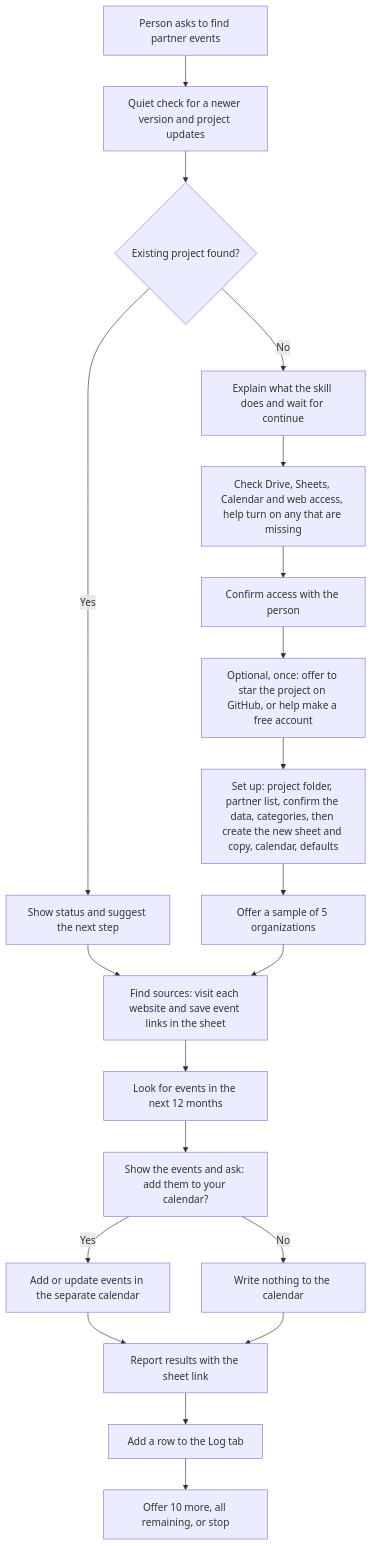
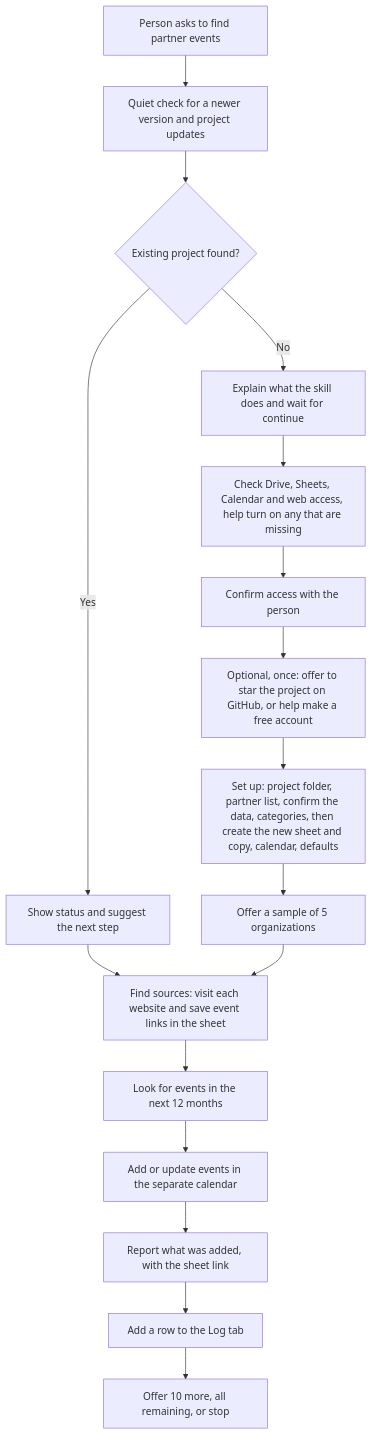
The diagram in docs/skills/partner-event-finder.md (tejitpabari99/tejit-non-profit-mkt), drawn with Mermaid before and after one commit. The commit also changed other lines of this file and 6 other files, not shown here.

First line of the commit message:
feat: add found events to the project calendar directly

````diff
--- a/docs/skills/partner-event-finder.md
+++ b/docs/skills/partner-event-finder.md
@@ -11,22 +11,19 @@
 ```mermaid
 flowchart TD
     A["Person asks to find partner events"] --> B["Quiet check for a newer version and project updates"]
     B --> C{"Existing project found?"}
     C -- No --> D["Explain what the skill does and wait for continue"]
     D --> E["Check Drive, Sheets, Calendar and web access, help turn on any that are missing"]
     E --> F["Confirm access with the person"]
     F --> F2["Optional, once: offer to star the project on GitHub, or help make a free account"]
     F2 --> G["Set up: project folder, partner list, confirm the data, categories, then create the new sheet and copy, calendar, defaults"]
     G --> H["Offer a sample of 5 organizations"]
     C -- Yes --> I["Show status and suggest the next step"]
     I --> J
     H --> J["Find sources: visit each website and save event links in the sheet"]
     J --> K["Look for events in the next 12 months"]
-    K --> L["Show the events and ask: add them to your calendar?"]
-    L -- Yes --> M["Add or update events in the separate calendar"]
-    L -- No --> N["Write nothing to the calendar"]
-    M --> O["Report results with the sheet link"]
-    N --> O
+    K --> M["Add or update events in the separate calendar"]
+    M --> O["Report what was added, with the sheet link"]
     O --> P["Add a row to the Log tab"]
     P --> Q["Offer 10 more, all remaining, or stop"]
 ```
````
